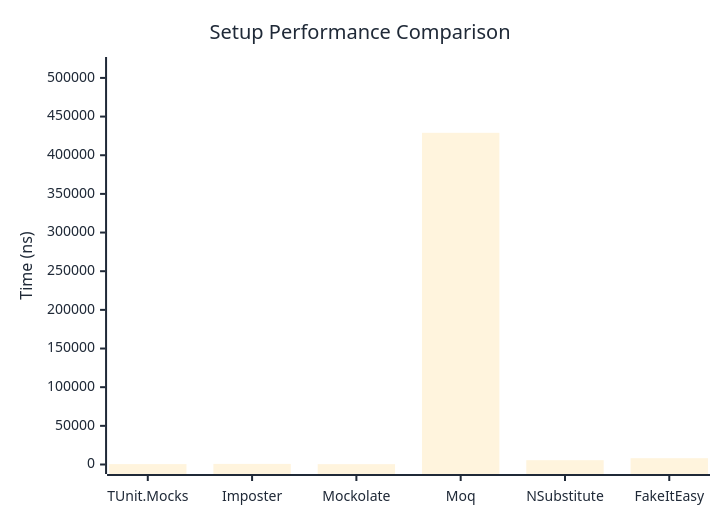
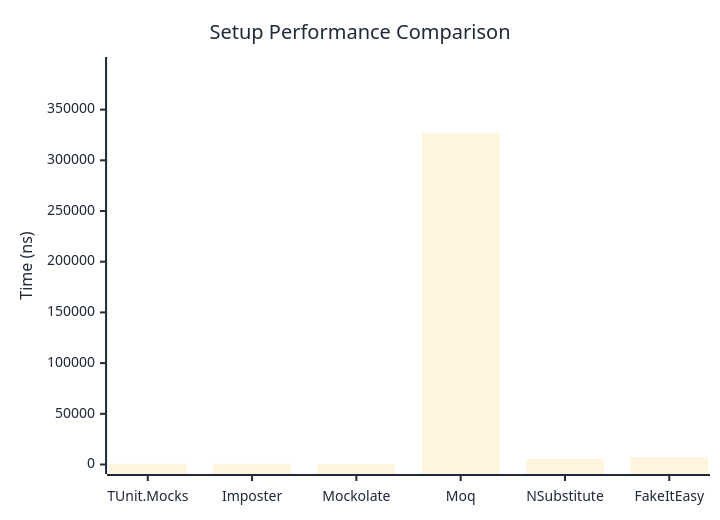
One commit to thomhurst/TUnit changed the first of 2 diagrams in docs/docs/benchmarks/mocks/Setup.md. Above: the diagram before and after it, drawn with Mermaid. The commit also changed other lines of this file and 14 other files, not shown here.

````diff
--- a/docs/docs/benchmarks/mocks/Setup.md
+++ b/docs/docs/benchmarks/mocks/Setup.md
@@ -28,27 +28,27 @@
 ```mermaid
 %%{init: {
   'theme':'base',
   'themeVariables': {
     'primaryColor': '#2563eb',
     'primaryTextColor': '#1f2937',
     'primaryBorderColor': '#1e40af',
     'lineColor': '#6b7280',
     'secondaryColor': '#7c3aed',
     'tertiaryColor': '#dc2626',
     'background': '#ffffff',
     'pie1': '#2563eb',
     'pie2': '#7c3aed',
     'pie3': '#dc2626',
     'pie4': '#f59e0b',
     'pie5': '#10b981',
     'pie6': '#06b6d4',
     'pie7': '#ec4899',
     'pie8': '#6366f1'
   }
 }}%%
 xychart-beta
   title "Setup Performance Comparison"
   x-axis ["TUnit.Mocks", "Imposter", "Mockolate", "Moq", "NSubstitute", "FakeItEasy"]
-  y-axis "Time (ns)" 0 --> 514764
-  bar [529.7, 780.9, 439.2, 428969.5, 5584, 8154.5]
+  y-axis "Time (ns)" 0 --> 392538
+  bar [576.1, 817.8, 476.6, 327114.9, 5370, 7408.8]
 ```
````
